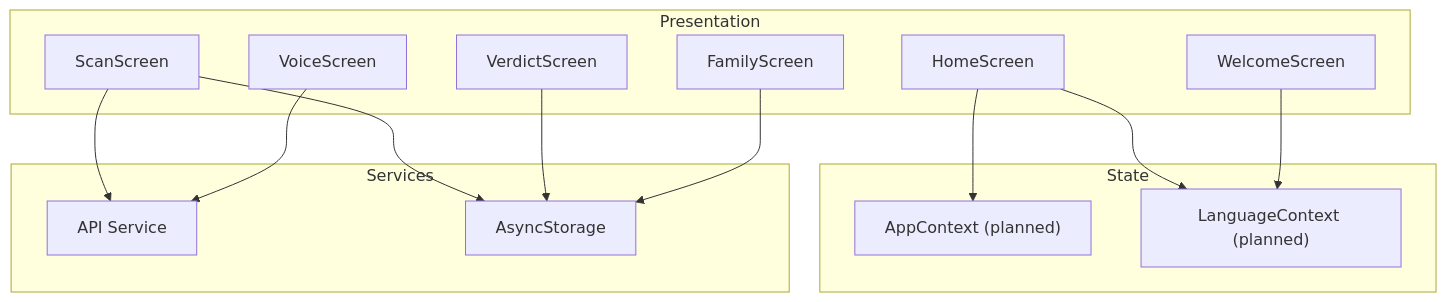
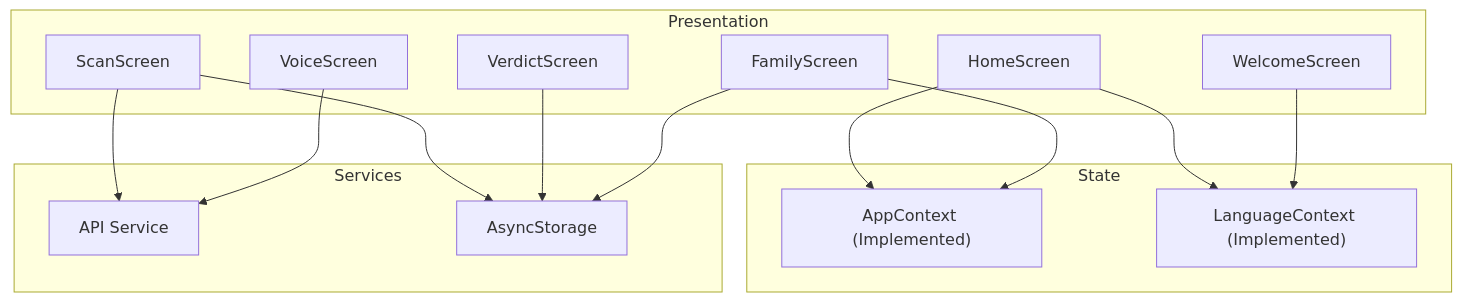
The second of 5 diagrams in .qoder/repowiki/en/content/Architecture & Design/State Management.md (cyberNoman/Safe-Pakistan), drawn with Mermaid before and after one commit. The commit also changed other lines of this file and 52 other files, not shown here.

````diff
--- a/.qoder/repowiki/en/content/Architecture & Design/State Management.md
+++ b/.qoder/repowiki/en/content/Architecture & Design/State Management.md
@@ -111,27 +125,28 @@
 ```mermaid
 graph TB
 subgraph "Presentation"
 H["HomeScreen"]
 S["ScanScreen"]
 V["VerdictScreen"]
 W["WelcomeScreen"]
 F["FamilyScreen"]
 VO["VoiceScreen"]
 end
 subgraph "State"
-ACtx["AppContext (planned)"]
-LCtx["LanguageContext (planned)"]
+ACtx["AppContext (Implemented)"]
+LCtx["LanguageContext (Implemented)"]
 end
 subgraph "Services"
 API["API Service"]
 Store["AsyncStorage"]
 end
 H --> ACtx
 H --> LCtx
 S --> API
 S --> Store
 V --> Store
 W --> LCtx
+F --> ACtx
 F --> Store
 VO --> API
 ```
````
